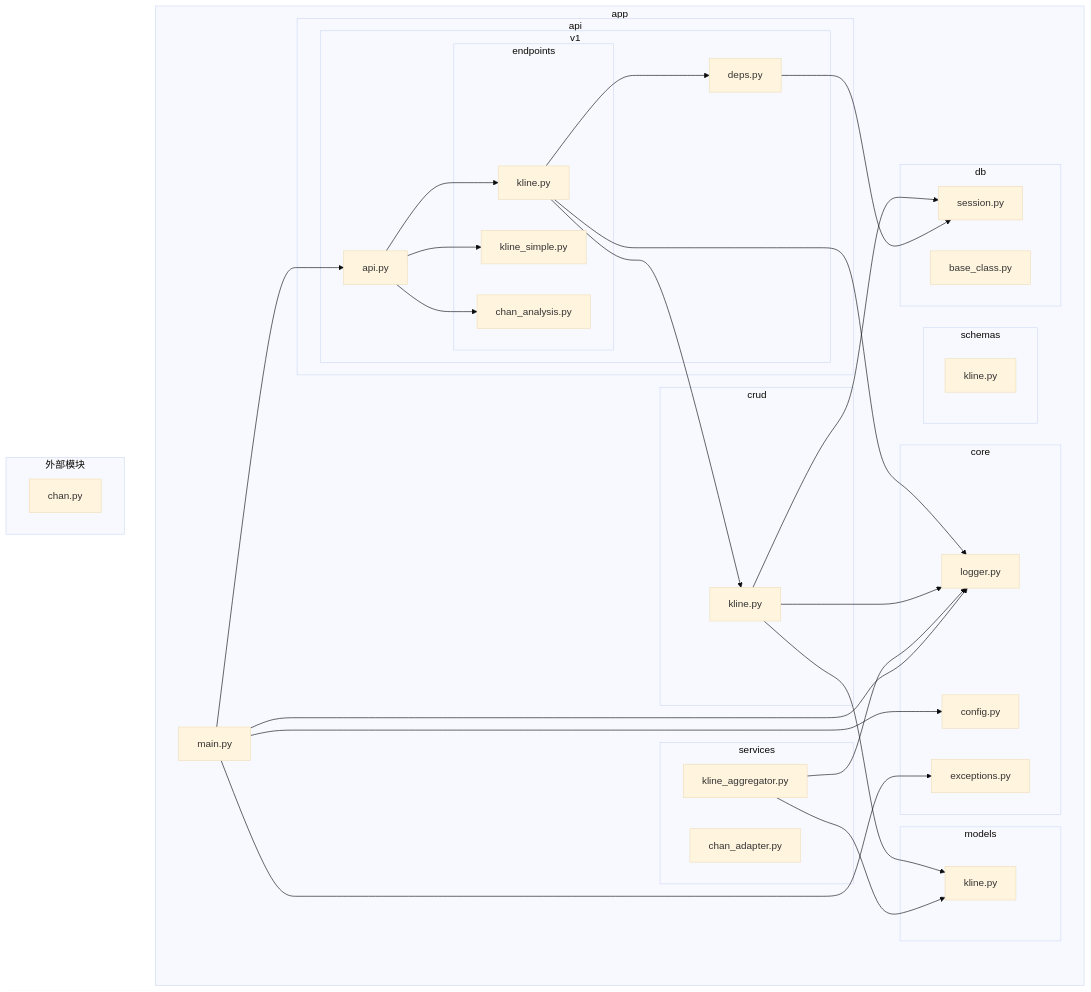
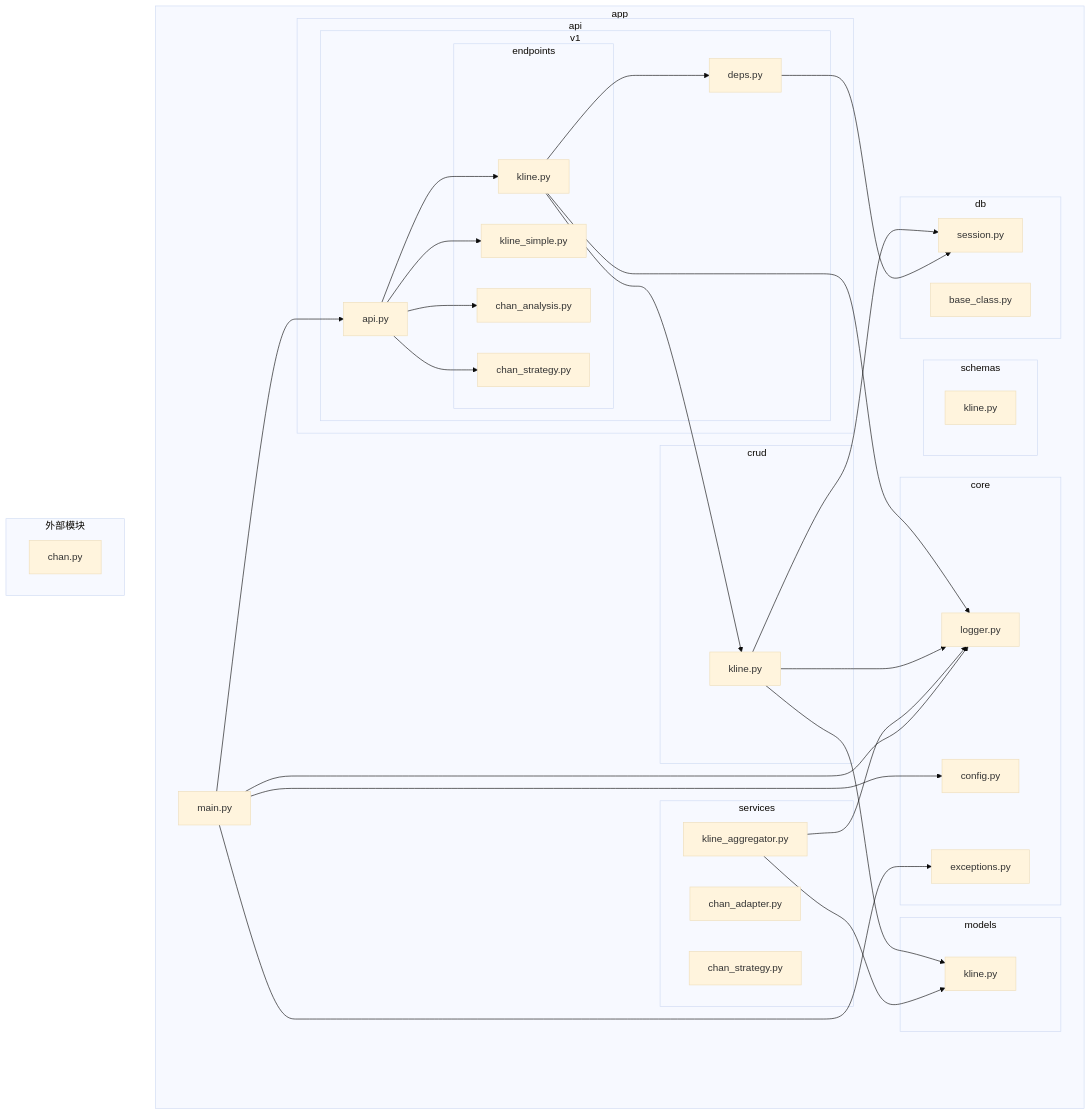
The first of 9 diagrams in .qoder/repowiki/zh/content/后端架构/后端架构.md (yjydmlh/turtle), drawn with Mermaid (base theme) before and after one commit. The commit also changed other lines of this file and 21 other files, not shown here.

````diff
--- a/.qoder/repowiki/zh/content/后端架构/后端架构.md
+++ b/.qoder/repowiki/zh/content/后端架构/后端架构.md
@@ -36,58 +52,61 @@
 ```mermaid
 graph TD
 subgraph "app"
 subgraph "api"
 subgraph "v1"
 subgraph "endpoints"
 kline_endpoint[kline.py]
 kline_simple_endpoint[kline_simple.py]
 chan_analysis_endpoint[chan_analysis.py]
+chan_strategy_endpoint[chan_strategy.py]
 end
 api_router[api.py]
 deps[deps.py]
 end
 end
 subgraph "core"
 config[config.py]
 logger[logger.py]
 exceptions[exceptions.py]
 end
 subgraph "services"
 kline_aggregator[kline_aggregator.py]
 chan_adapter[chan_adapter.py]
+chan_strategy[chan_strategy.py]
 end
 subgraph "crud"
 kline_crud[kline.py]
 end
 subgraph "models"
 kline_model[kline.py]
 end
 subgraph "schemas"
 kline_schema[kline.py]
 end
 subgraph "db"
 session[session.py]
 base_class[base_class.py]
 end
 main[main.py]
 end
 subgraph "外部模块"
 chan_module[chan.py]
 end
 main --> api_router
 api_router --> kline_endpoint
 api_router --> kline_simple_endpoint
 api_router --> chan_analysis_endpoint
+api_router --> chan_strategy_endpoint
 kline_endpoint --> deps
 kline_endpoint --> kline_crud
 kline_endpoint --> logger
 kline_crud --> session
 kline_crud --> kline_model
 kline_crud --> logger
 kline_aggregator --> kline_model
 kline_aggregator --> logger
 deps --> session
 main --> config
 main --> logger
 main --> exceptions
 ```
````
